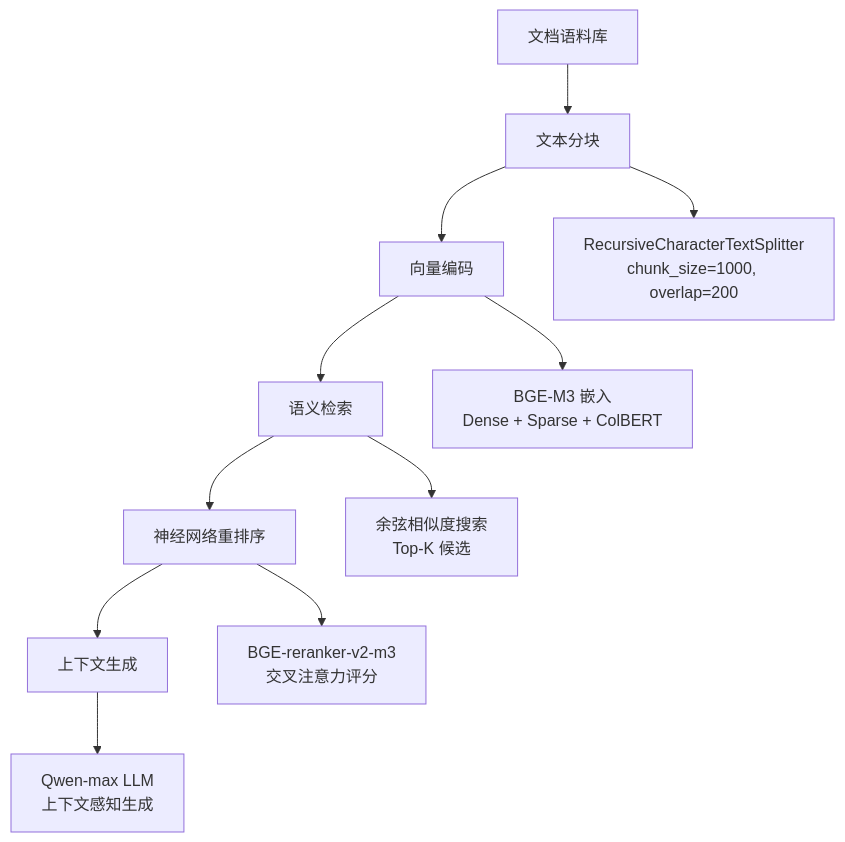
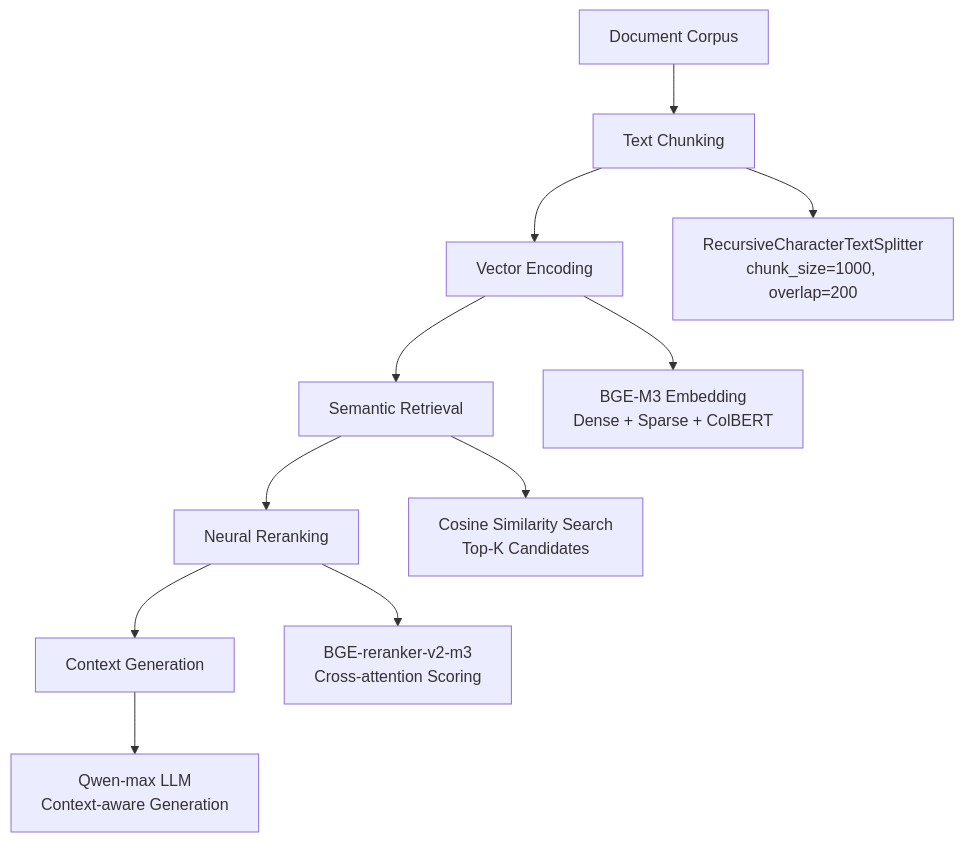
The first of 2 diagrams in docs_site/docs/chapter3/index.md (tylerelyt/LLM-Workshop), drawn with Mermaid before and after one commit. The commit also changed other lines of this file and 4 other files, not shown here.

````diff
--- a/docs_site/docs/chapter3/index.md
+++ b/docs_site/docs/chapter3/index.md
@@ -80,14 +80,14 @@
 ```mermaid
 graph TD
-    A[文档语料库] --> B[文本分块]
-    B --> C[向量编码]
-    C --> D[语义检索]
-    D --> E[神经网络重排序]
-    E --> F[上下文生成]
+    A[Document Corpus] --> B[Text Chunking]
+    B --> C[Vector Encoding]
+    C --> D[Semantic Retrieval]
+    D --> E[Neural Reranking]
+    E --> F[Context Generation]
     
     B --> B1[RecursiveCharacterTextSplitter<br/>chunk_size=1000, overlap=200]
-    C --> C1[BGE-M3 嵌入<br/>Dense + Sparse + ColBERT]
-    D --> D1[余弦相似度搜索<br/>Top-K 候选]
-    E --> E1[BGE-reranker-v2-m3<br/>交叉注意力评分]
-    F --> F1[Qwen-max LLM<br/>上下文感知生成]
+    C --> C1[BGE-M3 Embedding<br/>Dense + Sparse + ColBERT]
+    D --> D1[Cosine Similarity Search<br/>Top-K Candidates]
+    E --> E1[BGE-reranker-v2-m3<br/>Cross-attention Scoring]
+    F --> F1[Qwen-max LLM<br/>Context-aware Generation]
 ```
````
